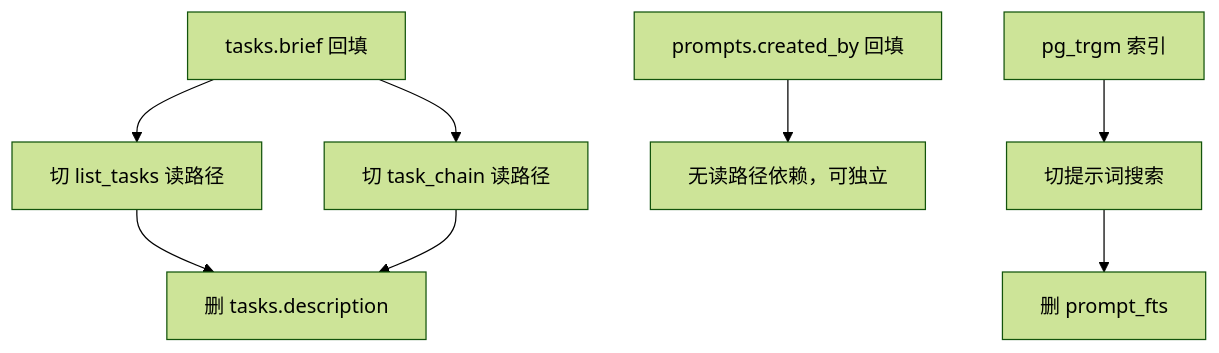
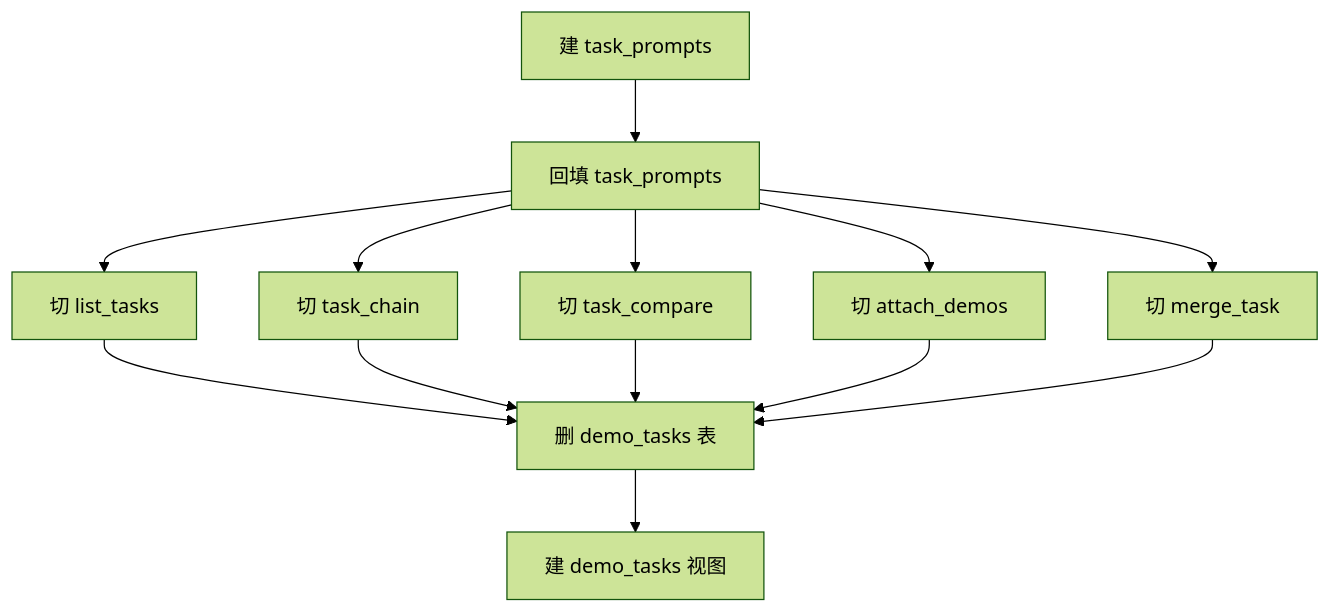
The fifth of 6 diagrams in docs/实体域数据结构设计.md (deepdemos/ds-demos-showcase), drawn with Mermaid (forest theme) before and after one commit. The commit also changed other lines of this file, not shown here.

First line of the commit message:
docs: 实体域数据结构改为三级层次（Task -> Prompt -> Demo） (#73)

````diff
--- a/docs/实体域数据结构设计.md
+++ b/docs/实体域数据结构设计.md
@@ -895,10 +782,15 @@
 ```mermaid
 flowchart TB
-    A["tasks.brief 回填"] --> B["切 list_tasks 读路径"]
-    A --> C["切 task_chain 读路径"]
-    D["prompts.created_by 回填"] --> E["无读路径依赖，可独立"]
-    F["pg_trgm 索引"] --> G["切提示词搜索"]
-    G --> H["删 prompt_fts"]
-    B --> I["删 tasks.description"]
-    C --> I
+    A["建 task_prompts"] --> B["回填 task_prompts"]
+    B --> C["切 list_tasks"]
+    B --> D["切 task_chain"]
+    B --> E["切 task_compare"]
+    B --> F["切 attach_demos"]
+    B --> G["切 merge_task"]
+    C --> H["删 demo_tasks 表"]
+    D --> H
+    E --> H
+    F --> H
+    G --> H
+    H --> I["建 demo_tasks 视图"]
 ```
````
